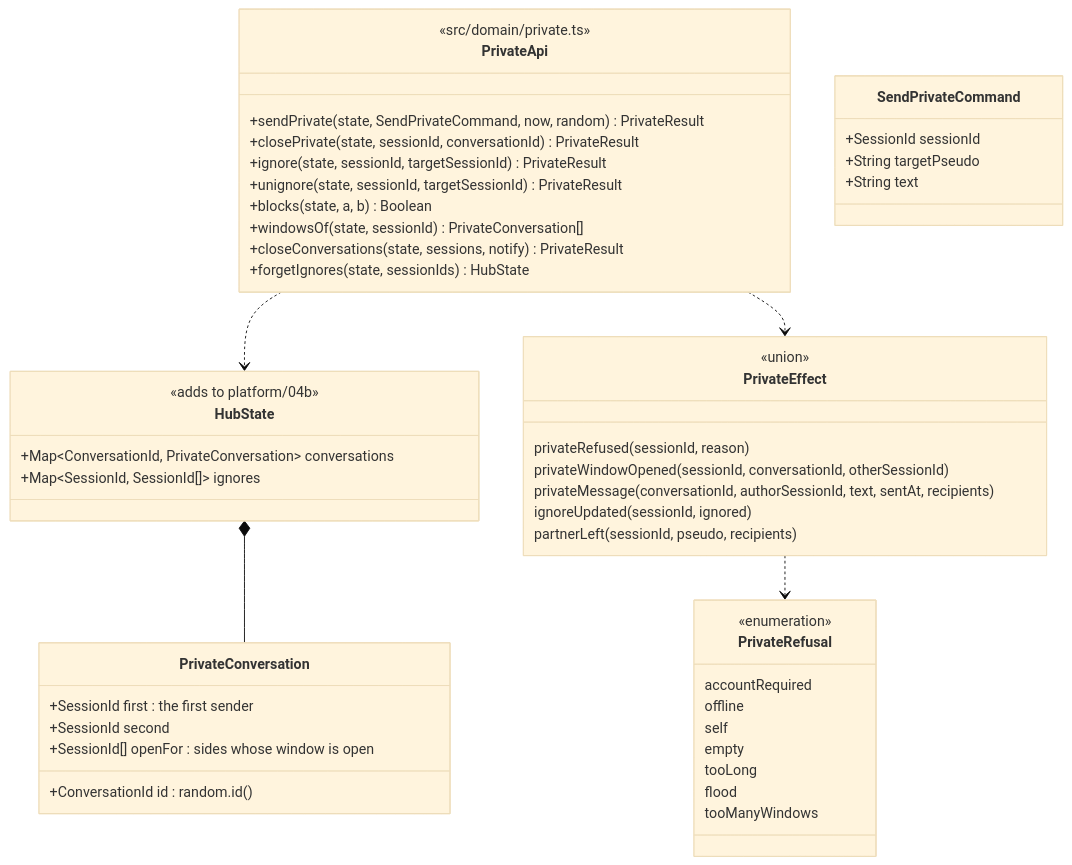
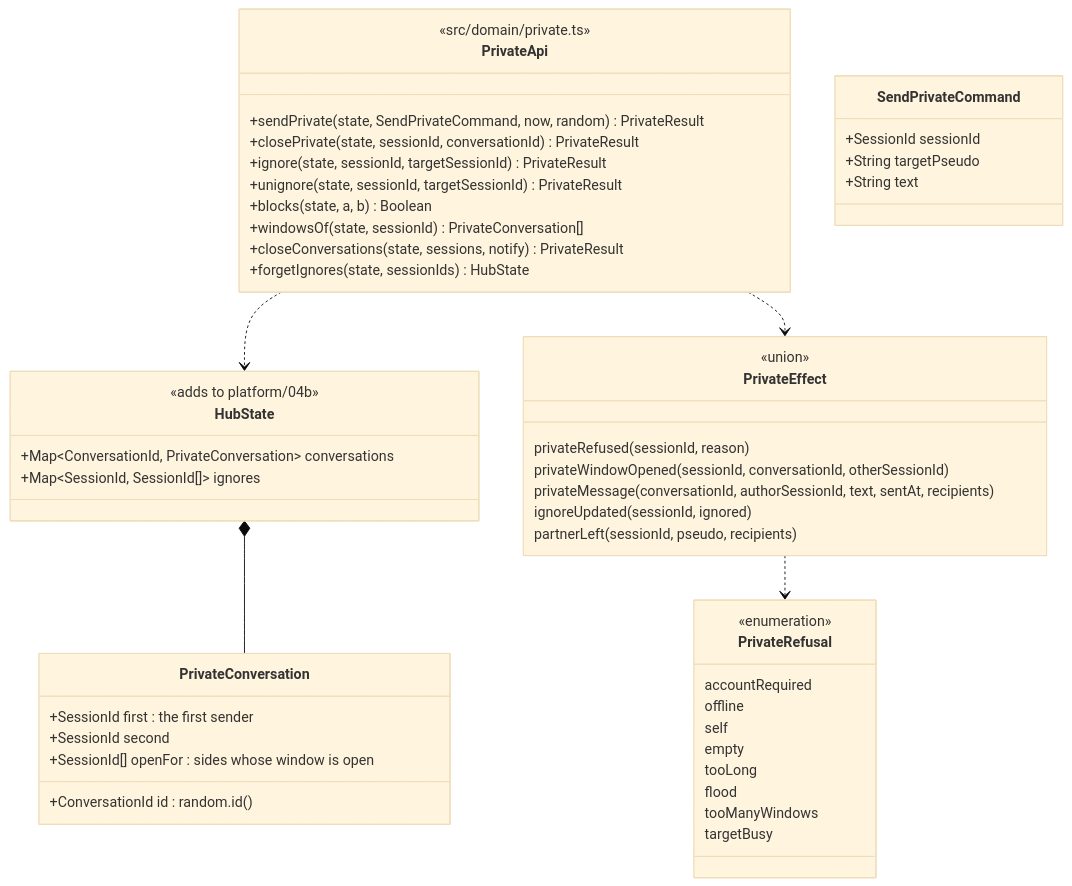
Before and after one commit to benoit-bremaud/asv: the diagram in docs/architecture/diagrams/private-conversations/07-class-domain-api.md, drawn with Mermaid (base theme). The commit also changed other lines of this file and 5 other files, not shown here.

First line of the commit message:
feat(private): refuse a new conversation past the target's 10 windows (targetBusy)

````diff
--- a/docs/architecture/diagrams/private-conversations/07-class-domain-api.md
+++ b/docs/architecture/diagrams/private-conversations/07-class-domain-api.md
@@ -16,52 +16,53 @@
 ```mermaid
 classDiagram
   class HubState {
     <<adds to platform/04b>>
     +Map~ConversationId, PrivateConversation~ conversations
     +Map~SessionId, SessionId[]~ ignores
   }
   class PrivateConversation {
     +ConversationId id : random.id()
     +SessionId first : the first sender
     +SessionId second
     +SessionId[] openFor : sides whose window is open
   }
   class PrivateApi {
     <<src/domain/private.ts>>
     +sendPrivate(state, SendPrivateCommand, now, random) PrivateResult
     +closePrivate(state, sessionId, conversationId) PrivateResult
     +ignore(state, sessionId, targetSessionId) PrivateResult
     +unignore(state, sessionId, targetSessionId) PrivateResult
     +blocks(state, a, b) Boolean
     +windowsOf(state, sessionId) PrivateConversation[]
     +closeConversations(state, sessions, notify) PrivateResult
     +forgetIgnores(state, sessionIds) HubState
   }
   class SendPrivateCommand {
     +SessionId sessionId
     +String targetPseudo
     +String text
   }
   class PrivateEffect {
     <<union>>
     privateRefused(sessionId, reason)
     privateWindowOpened(sessionId, conversationId, otherSessionId)
     privateMessage(conversationId, authorSessionId, text, sentAt, recipients)
     ignoreUpdated(sessionId, ignored)
     partnerLeft(sessionId, pseudo, recipients)
   }
   class PrivateRefusal {
     <<enumeration>>
     accountRequired
     offline
     self
     empty
     tooLong
     flood
     tooManyWindows
+    targetBusy
   }
   PrivateApi ..> HubState
   PrivateApi ..> PrivateEffect
   HubState *-- PrivateConversation
   PrivateEffect ..> PrivateRefusal
 ```
````
